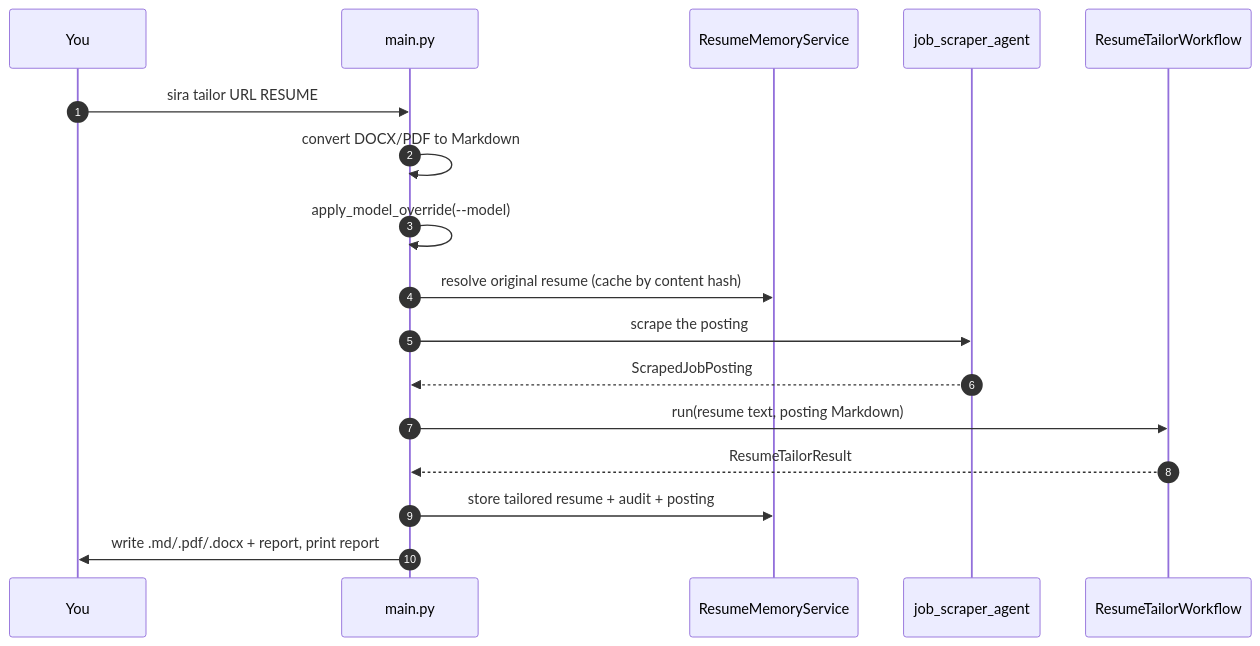
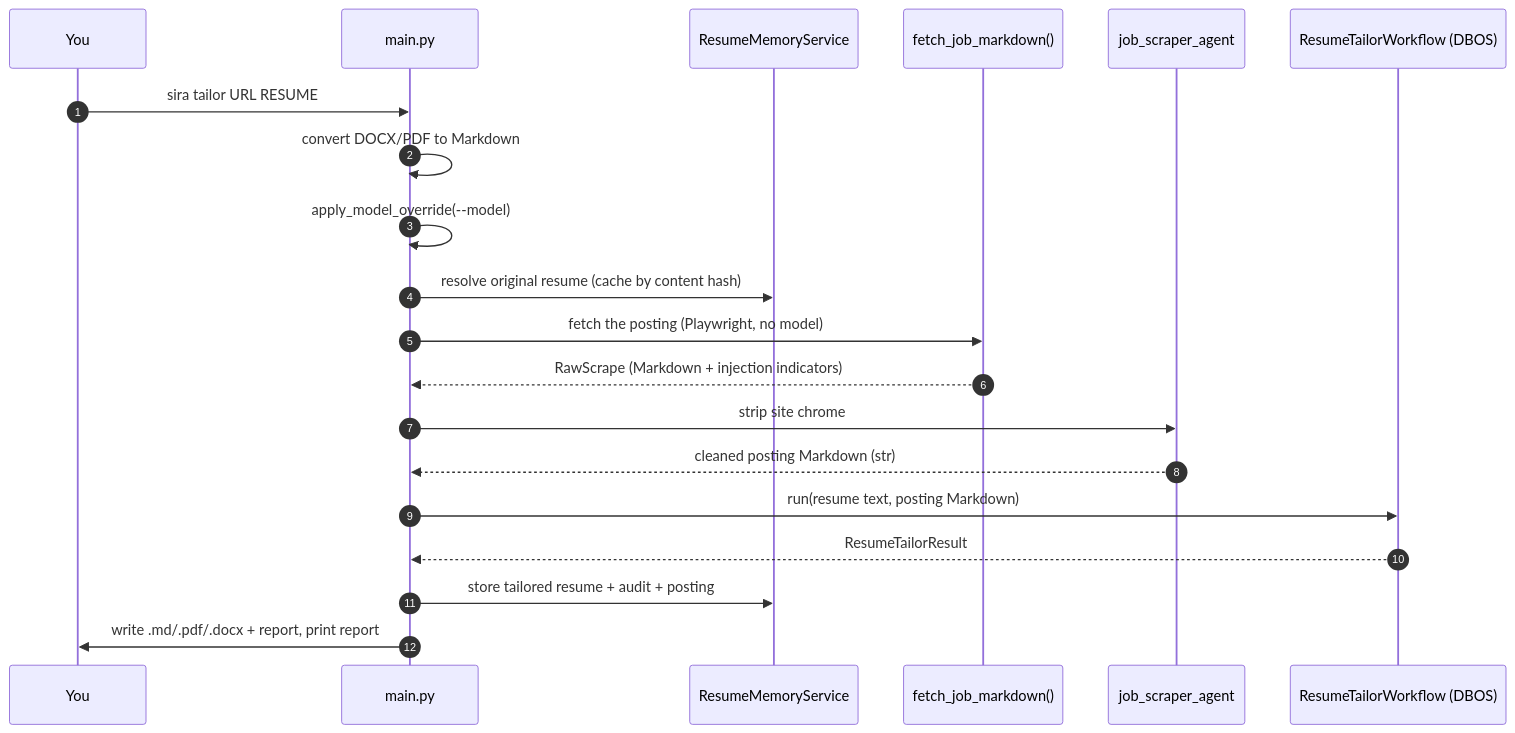
One commit to Tiqni/sira changed the diagram in docs/project-layout.md. Above: the diagram before and after it, drawn with Mermaid. The commit also changed other lines of this file and 12 other files, not shown here.

````diff
--- a/docs/project-layout.md
+++ b/docs/project-layout.md
@@ -72,20 +75,23 @@
 ```mermaid
 sequenceDiagram
     autonumber
     participant U as You
     participant CLI as main.py
     participant MEM as ResumeMemoryService
+    participant FETCH as fetch_job_markdown()
     participant SCR as job_scraper_agent
-    participant WF as ResumeTailorWorkflow
+    participant WF as ResumeTailorWorkflow (DBOS)
 
     U->>CLI: sira tailor URL RESUME
     CLI->>CLI: convert DOCX/PDF to Markdown
     CLI->>CLI: apply_model_override(--model)
     CLI->>MEM: resolve original resume (cache by content hash)
-    CLI->>SCR: scrape the posting
-    SCR-->>CLI: ScrapedJobPosting
+    CLI->>FETCH: fetch the posting (Playwright, no model)
+    FETCH-->>CLI: RawScrape (Markdown + injection indicators)
+    CLI->>SCR: strip site chrome
+    SCR-->>CLI: cleaned posting Markdown (str)
     CLI->>WF: run(resume text, posting Markdown)
     WF-->>CLI: ResumeTailorResult
     CLI->>MEM: store tailored resume + audit + posting
     CLI->>U: write .md/.pdf/.docx + report, print report
 ```
````
